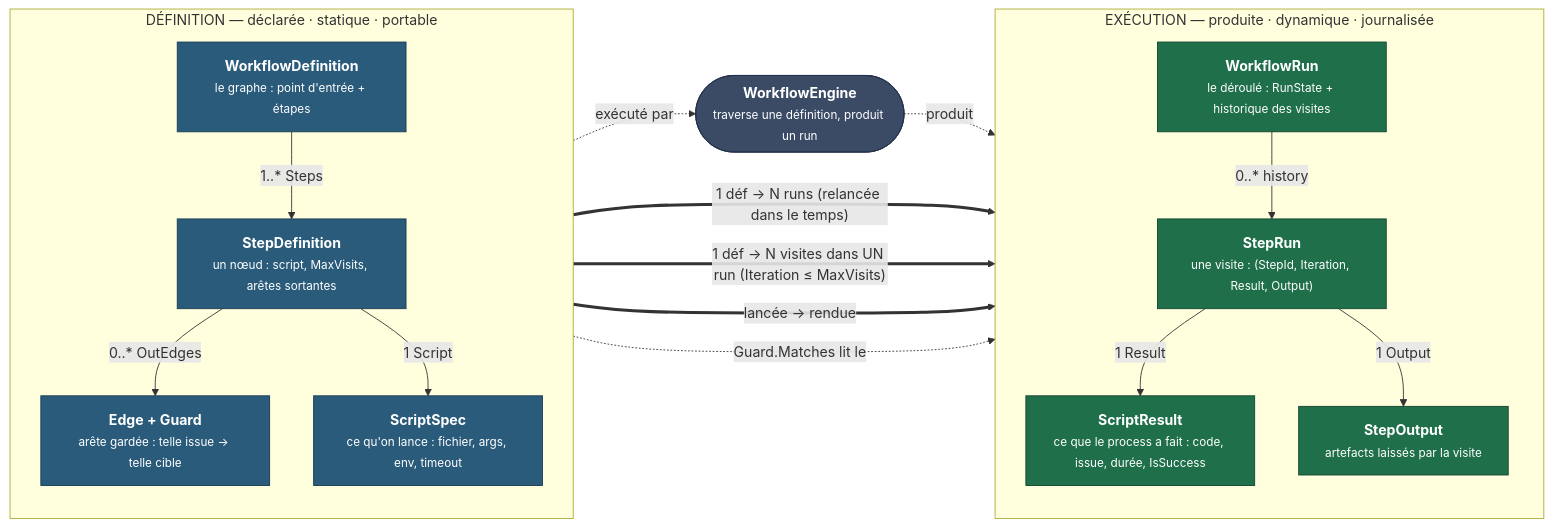
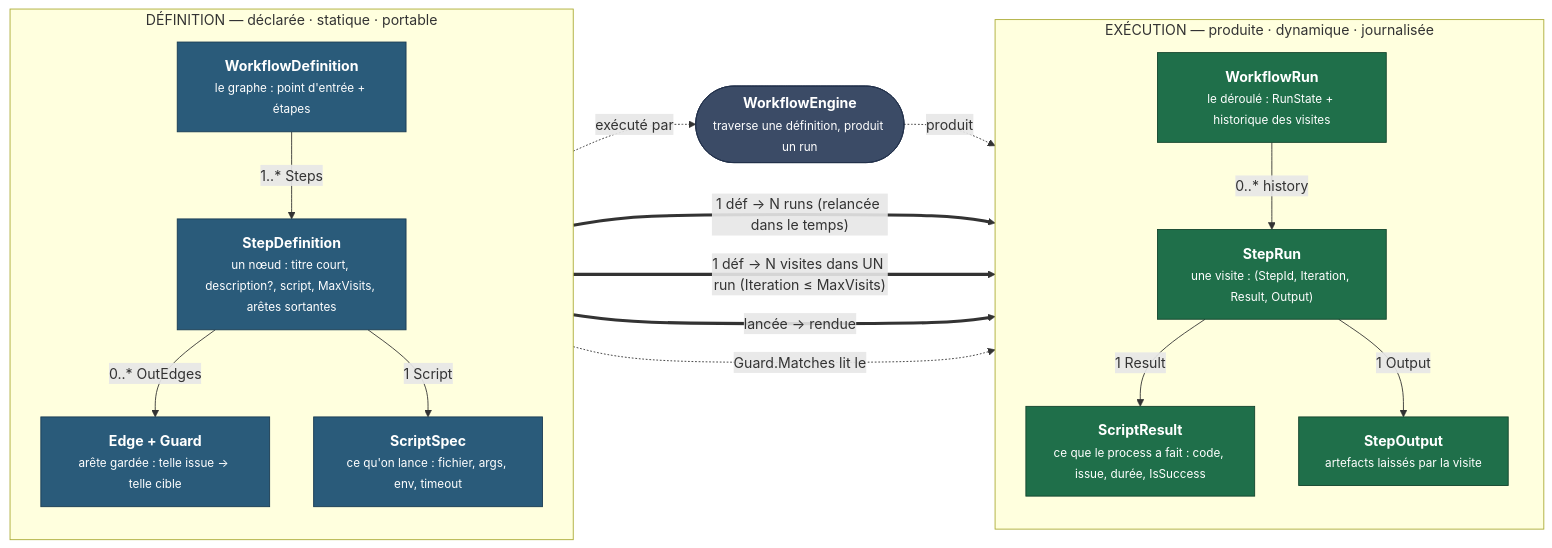
The fourth of 10 diagrams in docs/design/schemas.md (Apemb/Cursus), drawn with Mermaid before and after one commit. The commit also changed 8 other files, not shown here.

First line of the commit message:
feat(core): le name d'une étape devient un titre court, une description porte la phrase longue (D-018)

````diff
--- a/docs/design/schemas.md
+++ b/docs/design/schemas.md
@@ -228,40 +228,40 @@
 ```mermaid
 flowchart LR
   subgraph def["DÉFINITION — déclarée · statique · portable"]
     direction TB
     WDef["<b>WorkflowDefinition</b><br/><small>le graphe : point d'entrée + étapes</small>"]
-    SDef["<b>StepDefinition</b><br/><small>un nœud : script, MaxVisits, arêtes sortantes</small>"]
+    SDef["<b>StepDefinition</b><br/><small>un nœud : titre court, description?, script, MaxVisits, arêtes sortantes</small>"]
     Edge["<b>Edge + Guard</b><br/><small>arête gardée : telle issue → telle cible</small>"]
     Spec["<b>ScriptSpec</b><br/><small>ce qu'on lance : fichier, args, env, timeout</small>"]
     WDef -->|"1..* Steps"| SDef
     SDef -->|"0..* OutEdges"| Edge
     SDef -->|"1 Script"| Spec
   end
 
   subgraph run["EXÉCUTION — produite · dynamique · journalisée"]
     direction TB
     WRun["<b>WorkflowRun</b><br/><small>le déroulé : RunState + historique des visites</small>"]
     SRun["<b>StepRun</b><br/><small>une visite : (StepId, Iteration, Result, Output)</small>"]
     Res["<b>ScriptResult</b><br/><small>ce que le process a fait : code, issue, durée, IsSuccess</small>"]
     Out["<b>StepOutput</b><br/><small>artefacts laissés par la visite</small>"]
     WRun -->|"0..* history"| SRun
     SRun -->|"1 Result"| Res
     SRun -->|"1 Output"| Out
   end
 
   Engine(["<b>WorkflowEngine</b><br/><small>traverse une définition, produit un run</small>"])
   WDef -.->|"exécuté par"| Engine
   Engine -.->|"produit"| WRun
 
   WDef ==>|"1 déf → N runs (relancée dans le temps)"| WRun
   SDef ==>|"1 déf → N visites dans UN run (Iteration ≤ MaxVisits)"| SRun
   Spec ==>|"lancée → rendue"| Res
   Edge -.->|"Guard.Matches lit le"| Res
 
   classDef defcls fill:#2a5b7a,color:#fff,stroke:#173a52;
   classDef runcls fill:#1f6f4a,color:#fff,stroke:#12432c;
   classDef eng fill:#3b4b66,color:#fff,stroke:#22304a;
   class WDef,SDef,Edge,Spec defcls;
   class WRun,SRun,Res,Out runcls;
   class Engine eng;
 ```
````
